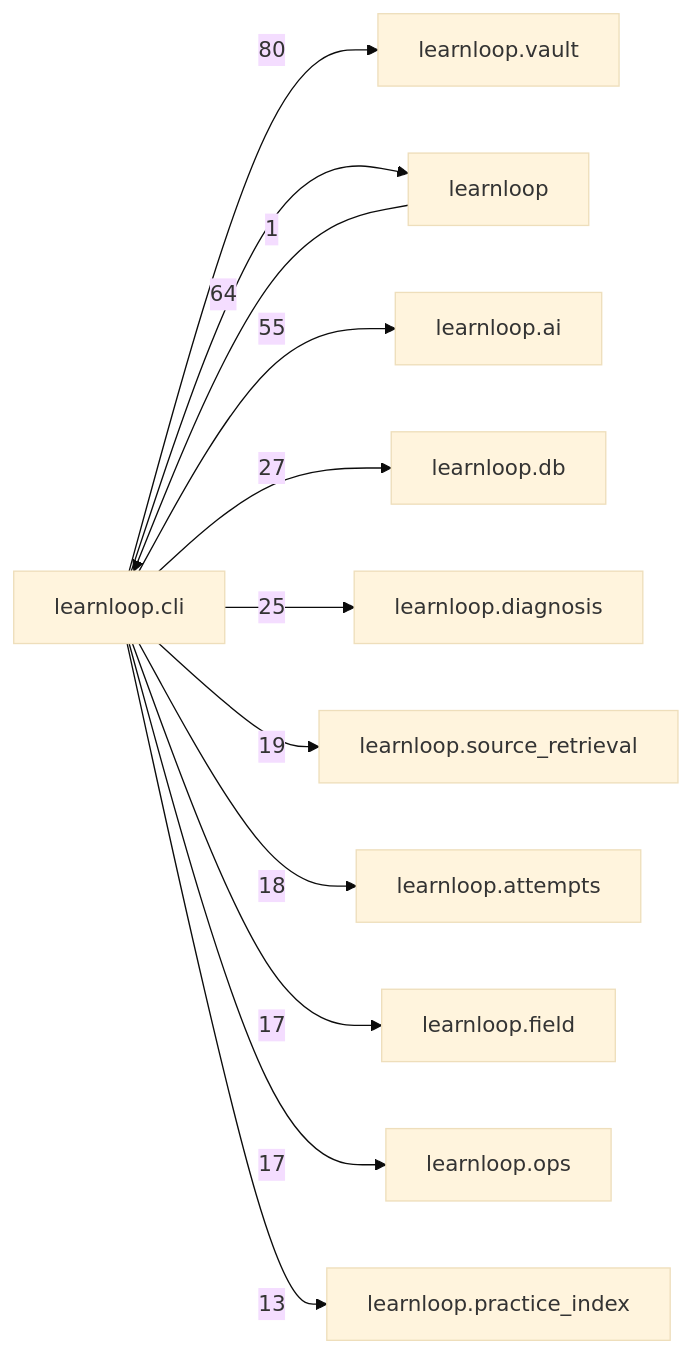
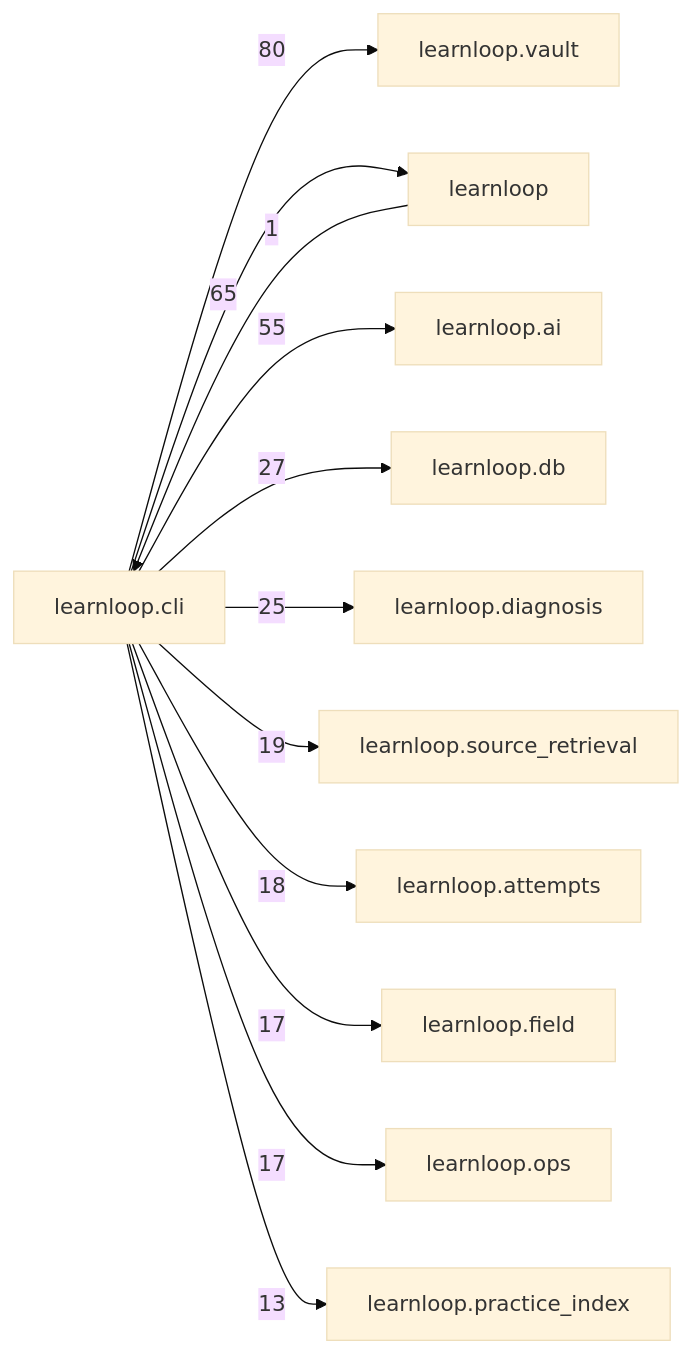
The diagram in docs/learnloop-architecture-vault/Reference/Modules/learnloop/cli/_package.md (6up-b/learnanything), drawn with Mermaid (base theme) before and after one commit. The commit also changed other lines of this file and 535 other files, not shown here.

Commit message:
TE3a landing, references: the architecture reference regenerated on the merged tree (DB and configuration reference, head 249, 1181 effective leaves with the two prose counts; desktop and module catalogs; vault validated)

````diff
--- a/docs/learnloop-architecture-vault/Reference/Modules/learnloop/cli/_package.md
+++ b/docs/learnloop-architecture-vault/Reference/Modules/learnloop/cli/_package.md
@@ -229,25 +229,25 @@
 ```mermaid
 flowchart LR
     center["learnloop.cli"]
     n_learnloop_vault["learnloop.vault"]
     n_learnloop["learnloop"]
     n_learnloop_ai["learnloop.ai"]
     n_learnloop_db["learnloop.db"]
     n_learnloop_diagnosis["learnloop.diagnosis"]
     n_learnloop_source_retrieval["learnloop.source_retrieval"]
     n_learnloop_attempts["learnloop.attempts"]
     n_learnloop_field["learnloop.field"]
     n_learnloop_ops["learnloop.ops"]
     n_learnloop_practice_index["learnloop.practice_index"]
     center -->|80| n_learnloop_vault
     n_learnloop -->|1| center
-    center -->|64| n_learnloop
+    center -->|65| n_learnloop
     center -->|55| n_learnloop_ai
     center -->|27| n_learnloop_db
     center -->|25| n_learnloop_diagnosis
     center -->|19| n_learnloop_source_retrieval
     center -->|18| n_learnloop_attempts
     center -->|17| n_learnloop_field
     center -->|17| n_learnloop_ops
     center -->|13| n_learnloop_practice_index
 ```
````
